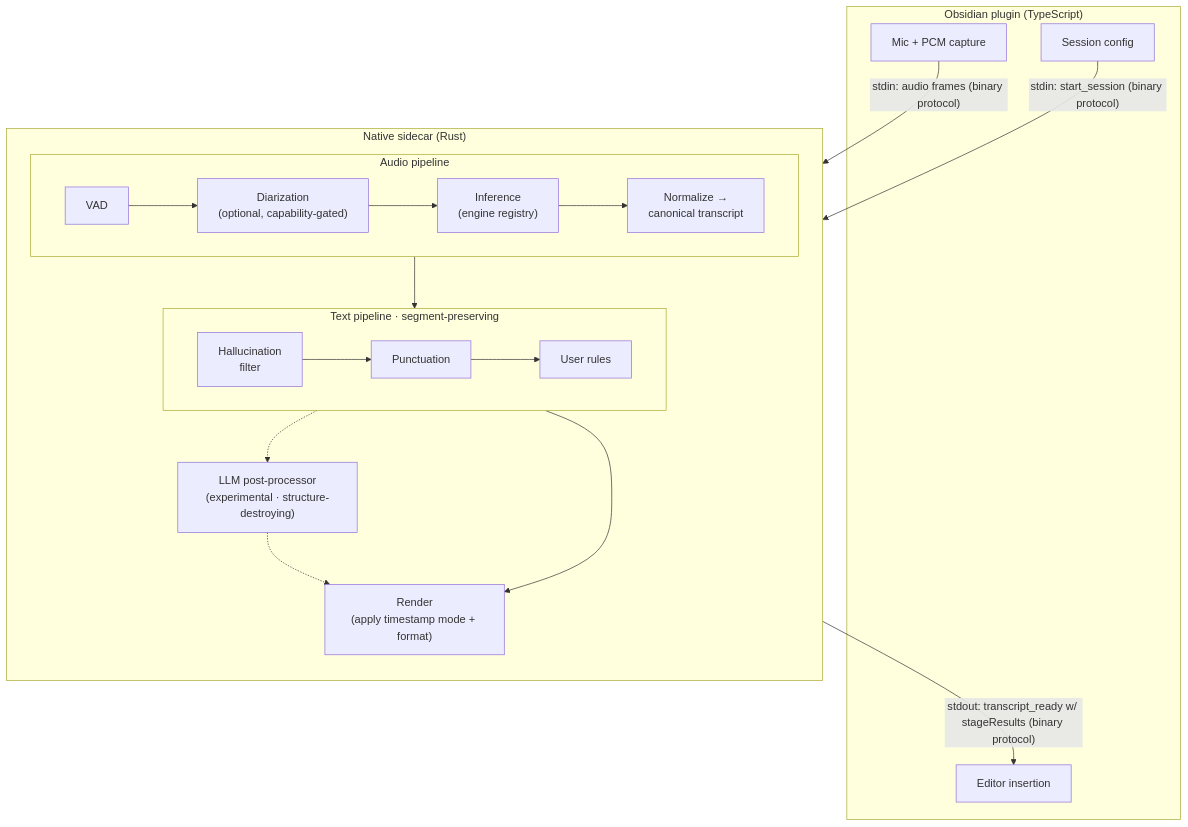
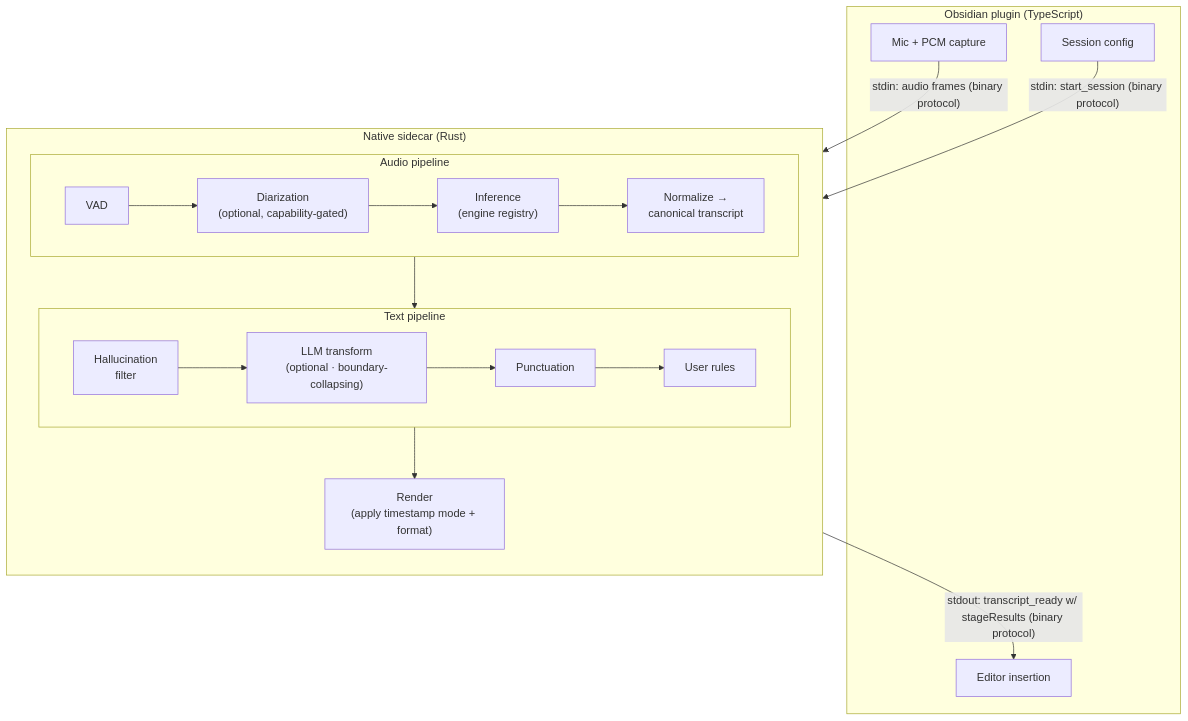
One commit to brittain9/obsidian-local-speech-to-text changed the second of 7 diagrams in docs/system-architecture.md. Above: the diagram before and after it, drawn with Mermaid. The commit also changed other lines of this file and 19 other files, not shown here.

````diff
--- a/docs/system-architecture.md
+++ b/docs/system-architecture.md
@@ -34,33 +34,31 @@
 ```mermaid
 flowchart TB
     subgraph Plugin ["Obsidian plugin (TypeScript)"]
         MIC["Mic + PCM capture"]
         CFG["Session config"]
         EDIT["Editor insertion"]
     end
 
     subgraph Sidecar ["Native sidecar (Rust)"]
         direction TB
 
         subgraph Audio ["Audio pipeline"]
             direction LR
             VAD["VAD"] --> DIA["Diarization<br/>(optional, capability-gated)"] --> INF["Inference<br/>(engine registry)"] --> NORM["Normalize →<br/>canonical transcript"]
         end
 
-        subgraph Text ["Text pipeline · segment-preserving"]
+        subgraph Text ["Text pipeline"]
             direction LR
-            FILT["Hallucination<br/>filter"] --> PUNCT["Punctuation"] --> RULES["User rules"]
+            FILT["Hallucination<br/>filter"] --> LLM["LLM transform<br/>(optional · boundary-collapsing)"] --> PUNCT["Punctuation"] --> RULES["User rules"]
         end
 
-        LLM["LLM post-processor<br/>(experimental · structure-destroying)"]
         RENDER["Render<br/>(apply timestamp mode + format)"]
 
         NORM --> FILT
         RULES --> RENDER
-        RULES -.-> LLM -.-> RENDER
     end
 
     MIC -->|"stdin: audio frames (binary protocol)"| VAD
     CFG -->|"stdin: start_session (binary protocol)"| VAD
     RENDER -->|"stdout: transcript_ready w/ stageResults (binary protocol)"| EDIT
 ```
````
